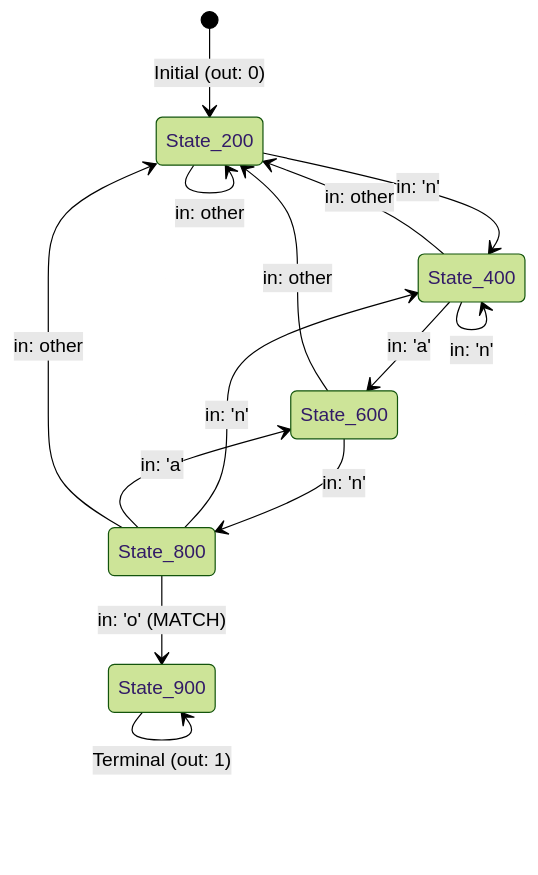
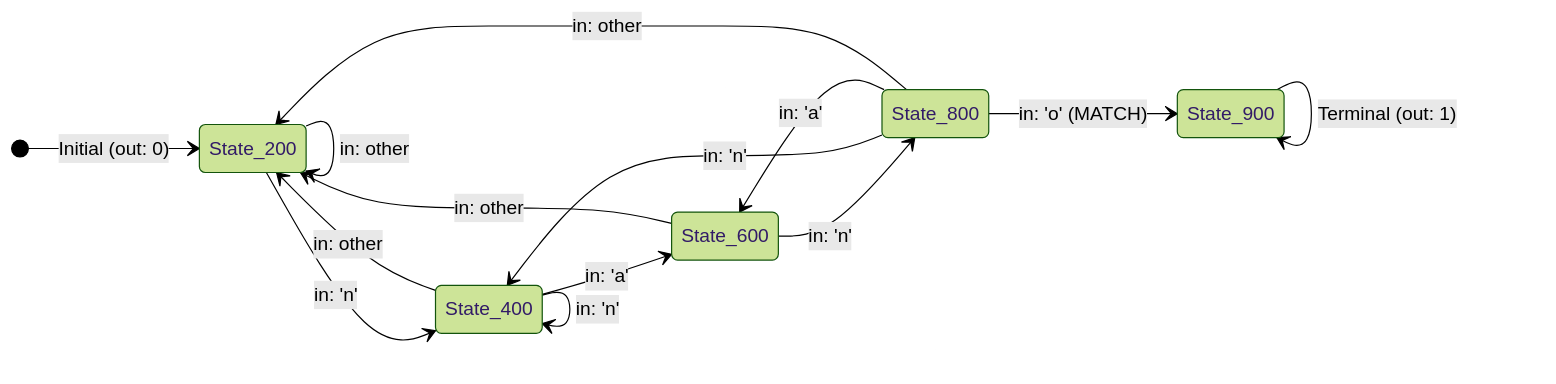
The diagram in README.md (sdoolman/blindly_follows), drawn with Mermaid (forest theme) before and after one commit.

Commit message:
docs: make Mermaid FSM diagram horizontal (direction LR)

````diff
--- a/README.md
+++ b/README.md
@@ -54,20 +54,22 @@
 ```mermaid
 stateDiagram-v2
+    direction LR
+
     [*] --> State_200: Initial (out: 0)
     State_200 --> State_400: in: 'n'
     State_200 --> State_200: in: other
 
     State_400 --> State_600: in: 'a'
     State_400 --> State_400: in: 'n'
     State_400 --> State_200: in: other
 
     State_600 --> State_800: in: 'n'
     State_600 --> State_200: in: other
 
     State_800 --> State_900: in: 'o' (MATCH)
     State_800 --> State_400: in: 'n'
     State_800 --> State_600: in: 'a'
     State_800 --> State_200: in: other
 
     State_900 --> State_900: Terminal (out: 1)
 ```
````
